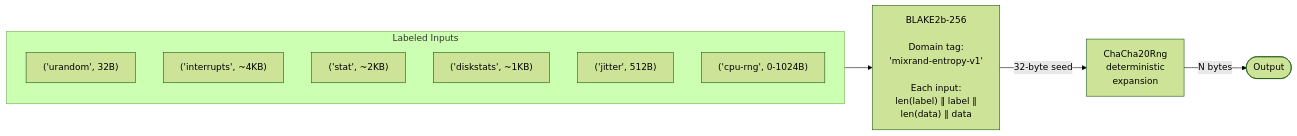
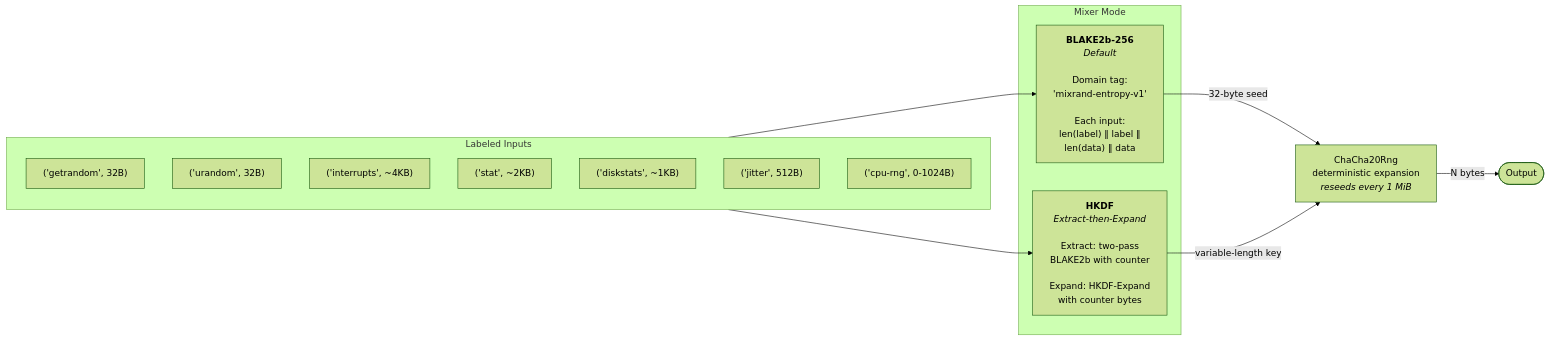
One commit to sonoransun/entropy-svc changed the third of 7 diagrams in README.md. Above: the diagram before and after it, drawn with Mermaid (forest theme). The commit also changed other lines of this file and 19 other files, not shown here.

````diff
--- a/README.md
+++ b/README.md
@@ -87,18 +111,26 @@
 ```mermaid
 flowchart LR
     subgraph Inputs["Labeled Inputs"]
         direction TB
-        I1["('urandom', 32B)"]
-        I2["('interrupts', ~4KB)"]
-        I3["('stat', ~2KB)"]
-        I4["('diskstats', ~1KB)"]
-        I5["('jitter', 512B)"]
-        I6["('cpu-rng', 0-1024B)"]
+        I1["('getrandom', 32B)"]
+        I2["('urandom', 32B)"]
+        I3["('interrupts', ~4KB)"]
+        I4["('stat', ~2KB)"]
+        I5["('diskstats', ~1KB)"]
+        I6["('jitter', 512B)"]
+        I7["('cpu-rng', 0-1024B)"]
     end
 
-    Inputs --> B2["BLAKE2b-256<br/><br/>Domain tag:<br/>'mixrand-entropy-v1'<br/><br/>Each input:<br/>len(label) ‖ label ‖<br/>len(data) ‖ data"]
+    subgraph MixerChoice["Mixer Mode"]
+        B2["<b>BLAKE2b-256</b><br/><i>Default</i><br/><br/>Domain tag:<br/>'mixrand-entropy-v1'<br/><br/>Each input:<br/>len(label) ‖ label ‖<br/>len(data) ‖ data"]
+        HK["<b>HKDF</b><br/><i>Extract-then-Expand</i><br/><br/>Extract: two-pass<br/>BLAKE2b with counter<br/><br/>Expand: HKDF-Expand<br/>with counter bytes"]
+    end
 
-    B2 -- "32-byte seed" --> CC["ChaCha20Rng<br/>deterministic<br/>expansion"]
+    Inputs --> B2
+    Inputs --> HK
+
+    B2 -- "32-byte seed" --> CC["ChaCha20Rng<br/>deterministic expansion<br/><i>reseeds every 1 MiB</i>"]
+    HK -- "variable-length key" --> CC
 
     CC -- "N bytes" --> Out([Output])
 ```
````
